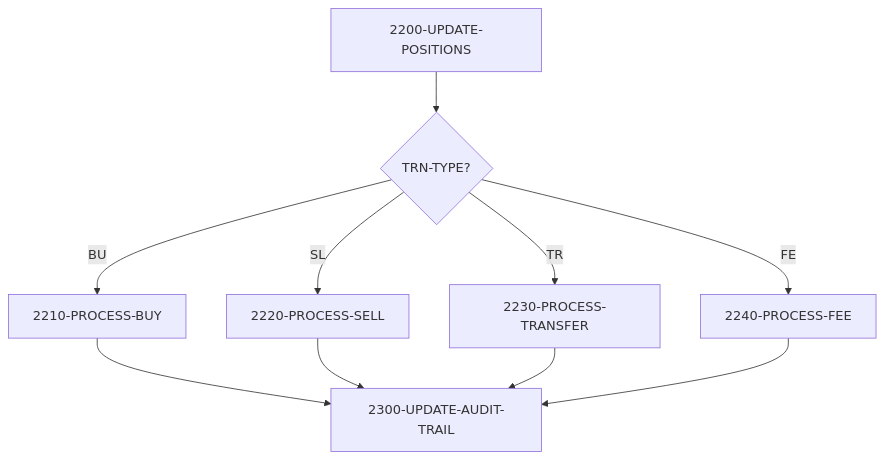
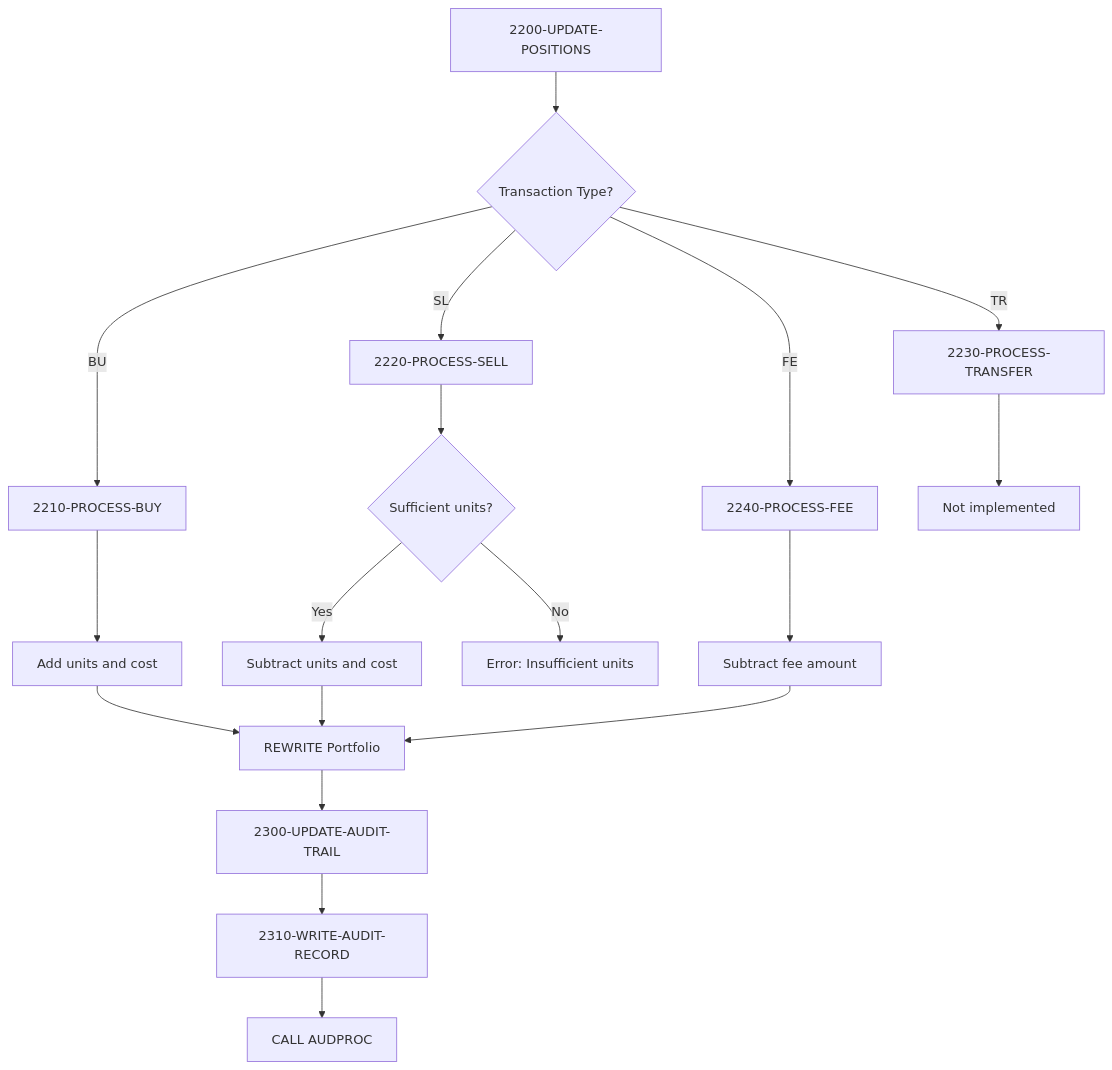
One commit to haladir-com/legacy-benchmark-docs-vb70e1 changed the second of 2 diagrams in docs/programs/PORTTRAN.mdx. Above: the diagram before and after it, drawn with Mermaid. The commit also changed other lines of this file and 63 other files, not shown here.

````diff
--- a/docs/programs/PORTTRAN.mdx
+++ b/docs/programs/PORTTRAN.mdx
@@ -184,12 +45,22 @@
 ```mermaid
-flowchart TD
-    A[2200-UPDATE-POSITIONS] --> B{TRN-TYPE?}
+graph TD
+    A[2200-UPDATE-POSITIONS] --> B{Transaction Type?}
     B -->|BU| C[2210-PROCESS-BUY]
     B -->|SL| D[2220-PROCESS-SELL]
     B -->|TR| E[2230-PROCESS-TRANSFER]
     B -->|FE| F[2240-PROCESS-FEE]
-    C --> G[2300-UPDATE-AUDIT-TRAIL]
-    D --> G
-    E --> G
-    F --> G
+    
+    C --> G[Add units and cost]
+    D --> H{Sufficient units?}
+    H -->|Yes| I[Subtract units and cost]
+    H -->|No| J[Error: Insufficient units]
+    E --> K[Not implemented]
+    F --> L[Subtract fee amount]
+    
+    G --> M[REWRITE Portfolio]
+    I --> M
+    L --> M
+    M --> N[2300-UPDATE-AUDIT-TRAIL]
+    N --> O[2310-WRITE-AUDIT-RECORD]
+    O --> P[CALL AUDPROC]
 ```
````
